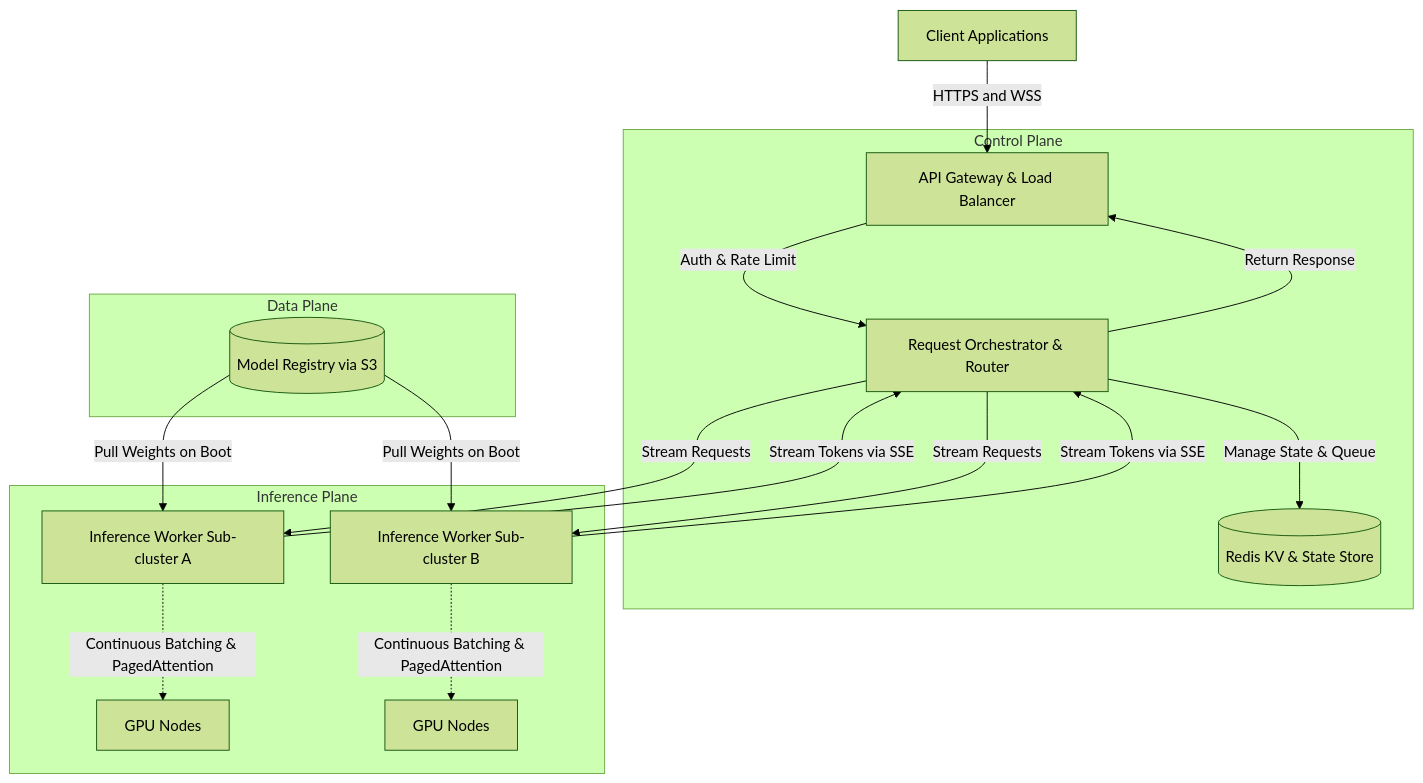
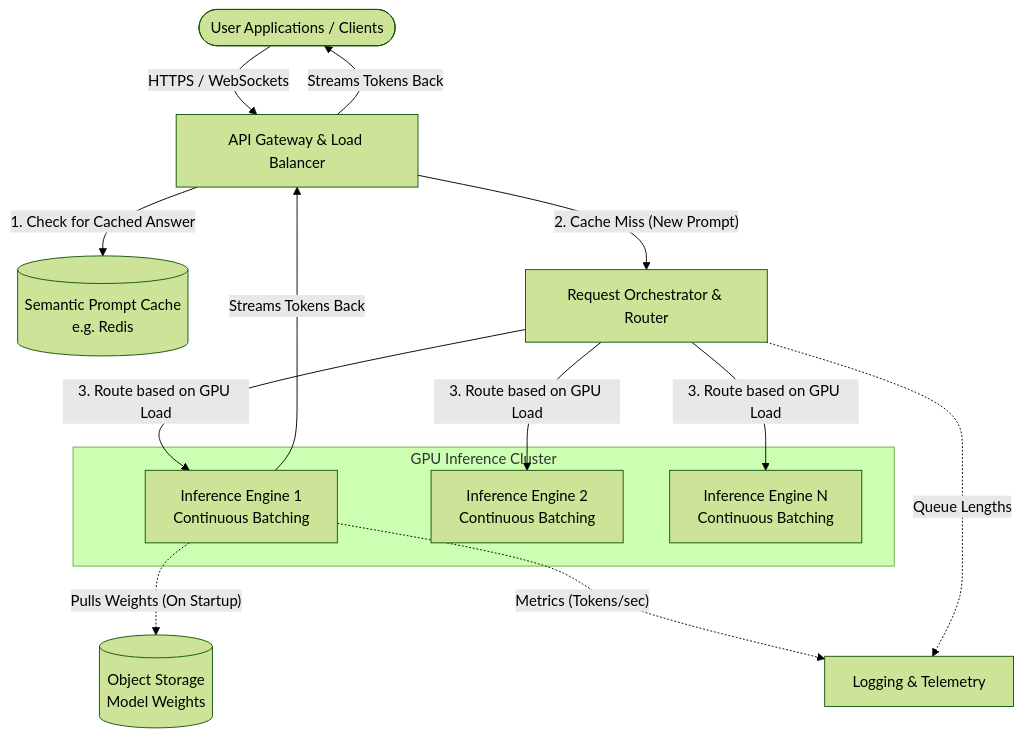
One commit to AdrianTorjKobza/System_Design changed the diagram in Design_an_API_to_Let_Users_Sample_From_LLMs_Efficiently_with_Good_Batching_and_Request_Orchestration.md. Above: the diagram before and after it, drawn with Mermaid (forest theme). The commit also changed other lines of this file, not shown here.

````diff
--- a/Design_an_API_to_Let_Users_Sample_From_LLMs_Efficiently_with_Good_Batching_and_Request_Orchestration.md
+++ b/Design_an_API_to_Let_Users_Sample_From_LLMs_Efficiently_with_Good_Batching_and_Request_Orchestration.md
@@ -7,26 +10,37 @@
 ```mermaid
-graph TD
-    Client[Client Applications] -->|HTTPS and WSS| GW[API Gateway & Load Balancer]
+flowchart TD
+    %% Define users and entry
+    Client([User Applications / Clients])
+    Gateway[API Gateway & Load Balancer]
     
-    subgraph Control Plane
-        GW -->|Auth & Rate Limit| Router[Request Orchestrator & Router]
-        Router -->|Manage State & Queue| Redis[(Redis KV & State Store)]
+    %% Core Services
+    Cache[(Semantic Prompt Cache\ne.g. Redis)]
+    Orchestrator[Request Orchestrator & Router]
+    
+    %% Worker Nodes (Inference)
+    subgraph GPU_Cluster [GPU Inference Cluster]
+        Worker1[Inference Engine 1\nContinuous Batching]
+        Worker2[Inference Engine 2\nContinuous Batching]
+        WorkerN[Inference Engine N\nContinuous Batching]
     end
     
-    subgraph Inference Plane
-        Router -->|Stream Requests| Worker1[Inference Worker Sub-cluster A]
-        Router -->|Stream Requests| Worker2[Inference Worker Sub-cluster B]
-        
-        Worker1 -.->|Continuous Batching & PagedAttention| GPU1[GPU Nodes]
-        Worker2 -.->|Continuous Batching & PagedAttention| GPU2[GPU Nodes]
-    end
+    %% Storage
+    ModelStorage[(Object Storage\nModel Weights)]
+    Telemetry[Logging & Telemetry]
+
+    %% Connections
+    Client -- "HTTPS / WebSockets" --> Gateway
+    Gateway -- "1. Check for Cached Answer" --> Cache
+    Gateway -- "2. Cache Miss (New Prompt)" --> Orchestrator
     
-    subgraph Data Plane
-        ModelRegistry[(Model Registry via S3)] -->|Pull Weights on Boot| Worker1
-        ModelRegistry -->|Pull Weights on Boot| Worker2
-    end
-
-    Worker1 -->|Stream Tokens via SSE| Router
-    Worker2 -->|Stream Tokens via SSE| Router
-    Router -->|Return Response| GW
+    Orchestrator -- "3. Route based on GPU Load" --> Worker1
+    Orchestrator -- "3. Route based on GPU Load" --> Worker2
+    Orchestrator -- "3. Route based on GPU Load" --> WorkerN
+    
+    Worker1 -. "Pulls Weights (On Startup)" .-> ModelStorage
+    Worker1 -- "Streams Tokens Back" --> Gateway
+    Gateway -- "Streams Tokens Back" --> Client
+    
+    Worker1 -. "Metrics (Tokens/sec)" .-> Telemetry
+    Orchestrator -. "Queue Lengths" .-> Telemetry
 ```
````
